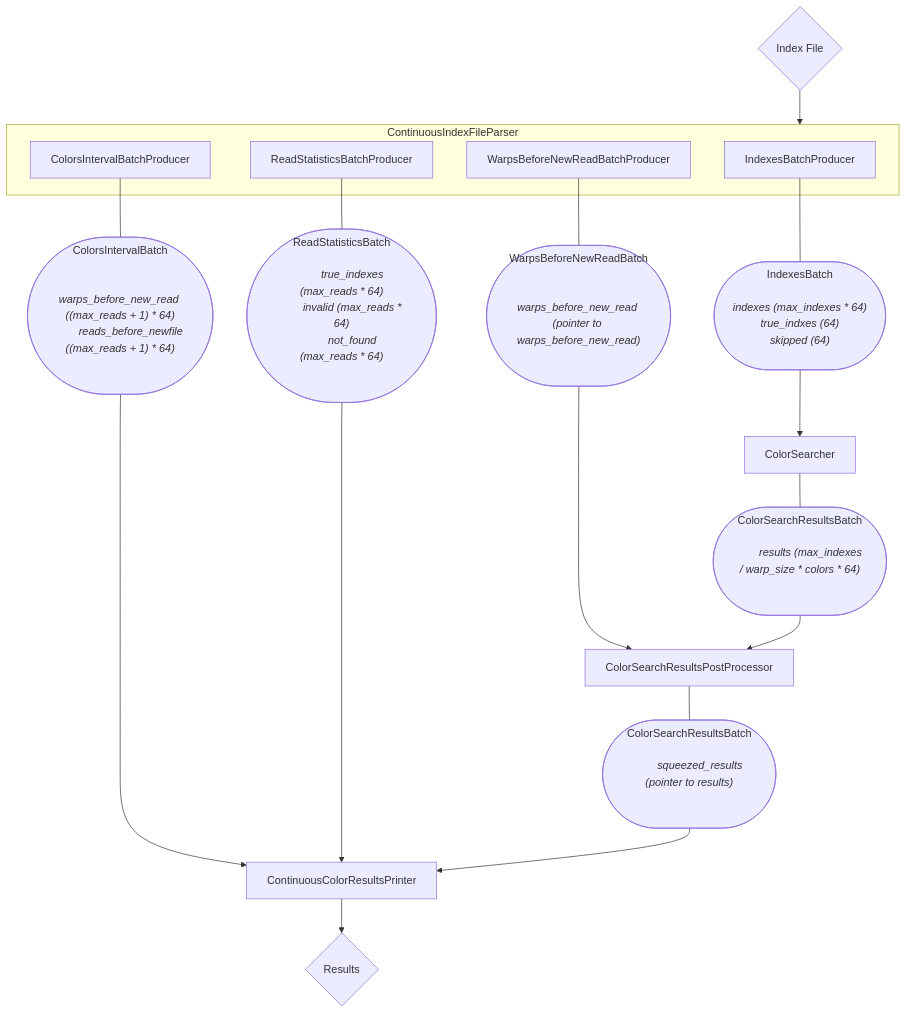
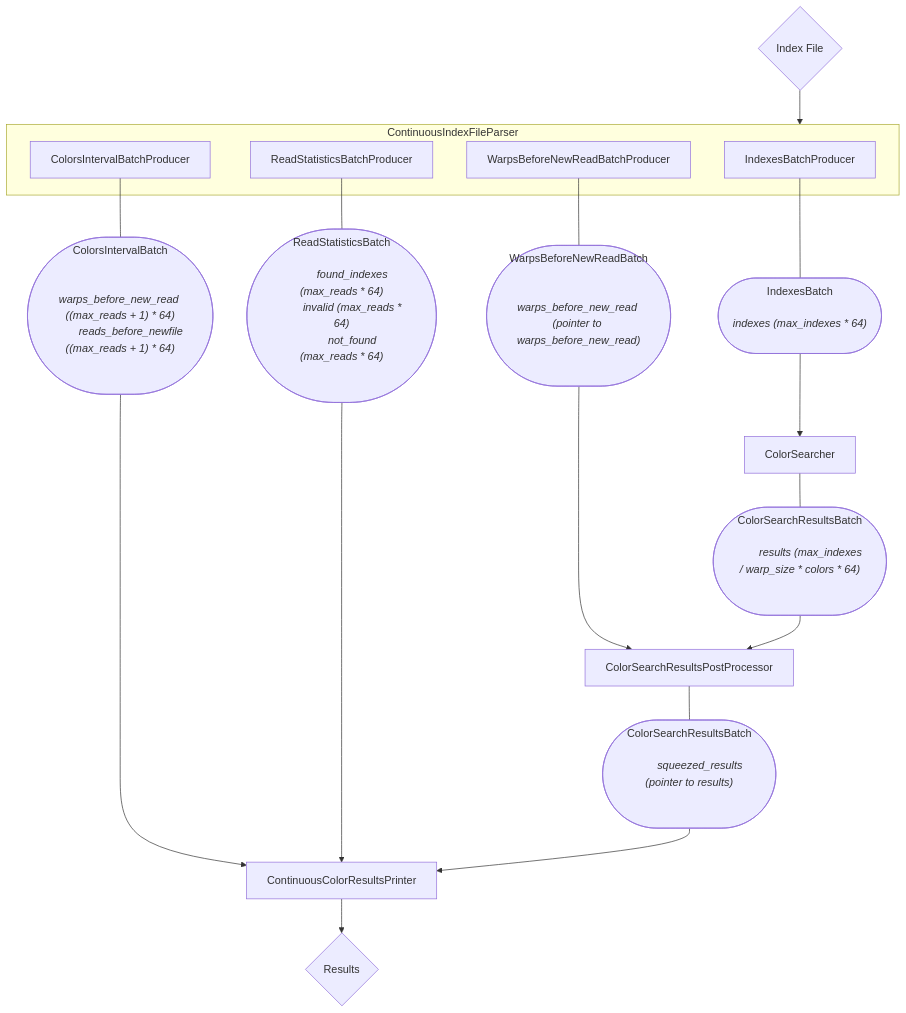
The diagram in documentation/Documents/ProjectDocumentation/graphs/ColorSearchComponentsPipeline.mmd (CowKeyMan/SBWT-Search), drawn with Mermaid before and after one commit. The commit also changed 30 other files, not shown here.

```diff
--- a/documentation/Documents/ProjectDocumentation/graphs/ColorSearchComponentsPipeline.mmd
+++ b/documentation/Documents/ProjectDocumentation/graphs/ColorSearchComponentsPipeline.mmd
@@ -1,73 +1,71 @@
 flowchart TD
     IndexesBatch(["
         IndexesBatch
         <i>
         indexes (max_indexes * 64)
-        true_indxes (64)
-        skipped (64)
 
         </i>
     "])
     ColorsIntervalBatch(["
     ColorsIntervalBatch
         <i>
         warps_before_new_read ((max_reads + 1) * 64)
         reads_before_newfile ((max_reads + 1) * 64)
 
         </i>
     "])
     WarpsBeforeNewReadBatch(["
         WarpsBeforeNewReadBatch
         <i>
         warps_before_new_read (pointer to warps_before_new_read)
 
         </i>
     "])
     ReadStatisticsBatch(["
         ReadStatisticsBatch
         <i>
-        true_indexes (max_reads * 64)
+        found_indexes (max_reads * 64)
         invalid (max_reads * 64)
         not_found (max_reads * 64)
 
         </i>
     "])
     ColorSearchResultsBatch(["
         ColorSearchResultsBatch
         <i>
         results (max_indexes / warp_size * colors * 64)
 
         </i>
     "])
     ColorSearchResultsPostProcessedBatch(["
         ColorSearchResultsBatch
         <i>
         squeezed_results (pointer to results)
 
         </i>
     "])
 
     IndexFile{Index File}-->ContinuousIndexFileParser
     subgraph ContinuousIndexFileParser
         IndexesBatchProducer
         ColorsIntervalBatchProducer
         WarpsBeforeNewReadBatchProducer
         ReadStatisticsBatchProducer
     end
 
     IndexesBatchProducer --- IndexesBatch
     ColorsIntervalBatchProducer --- ColorsIntervalBatch
     WarpsBeforeNewReadBatchProducer --- WarpsBeforeNewReadBatch
     ReadStatisticsBatchProducer --- ReadStatisticsBatch
     ColorSearchResultsPostProcessor --- ColorSearchResultsPostProcessedBatch
     ColorSearcher --- ColorSearchResultsBatch
 
     IndexesBatch-->ColorSearcher
     ColorsIntervalBatch-->ContinuousColorResultsPrinter
     WarpsBeforeNewReadBatch-->ColorSearchResultsPostProcessor
     ColorSearchResultsBatch-->ColorSearchResultsPostProcessor
 
     ReadStatisticsBatch-->ContinuousColorResultsPrinter
     ColorSearchResultsPostProcessedBatch-->ContinuousColorResultsPrinter
 
     ContinuousColorResultsPrinter--> ResultFiles{Results}
```
